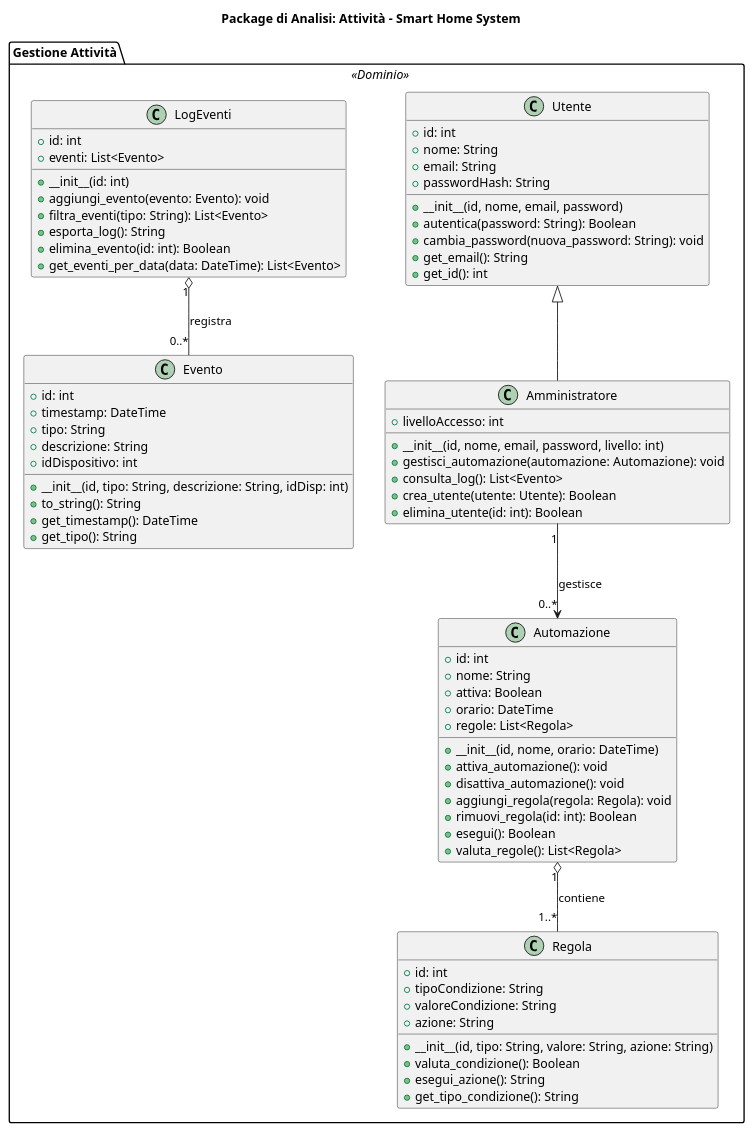
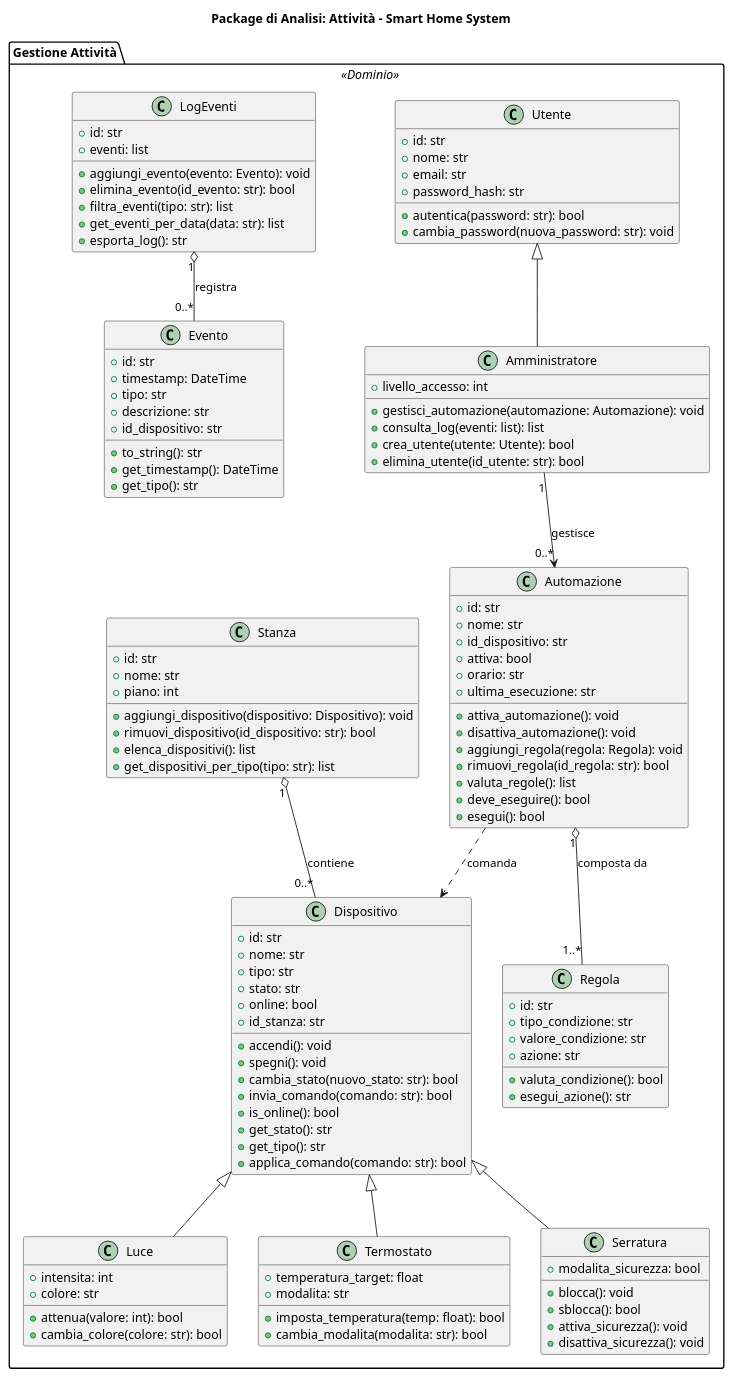
The diagram in package_di_analisi/package_analisi_attivita.puml (LapoCremonesi/ingegneria_del_software), drawn with PlantUML before and after one commit. The commit also changed 69 other files, not shown here.

```diff
--- a/package_di_analisi/package_analisi_attivita.puml
+++ b/package_di_analisi/package_analisi_attivita.puml
@@ -1,81 +1,128 @@
 @startuml
 title Package di Analisi: Attività - Smart Home System
 
 package "Gestione Attività" as PktAttivita <<Dominio>> {
   class Utente {
-    + id: int
-    + nome: String
-    + email: String
-    + passwordHash: String
-    + __init__(id, nome, email, password)
-    + autentica(password: String): Boolean
-    + cambia_password(nuova_password: String): void
-    + get_email(): String
-    + get_id(): int
+    + id: str
+    + nome: str
+    + email: str
+    + password_hash: str
+    + autentica(password: str): bool
+    + cambia_password(nuova_password: str): void
   }
 
   class Amministratore {
-    + livelloAccesso: int
-    + __init__(id, nome, email, password, livello: int)
+    + livello_accesso: int
     + gestisci_automazione(automazione: Automazione): void
-    + consulta_log(): List<Evento>
-    + crea_utente(utente: Utente): Boolean
-    + elimina_utente(id: int): Boolean
+    + consulta_log(eventi: list): list
+    + crea_utente(utente: Utente): bool
+    + elimina_utente(id_utente: str): bool
+  }
+
+  class Stanza {
+    + id: str
+    + nome: str
+    + piano: int
+    + aggiungi_dispositivo(dispositivo: Dispositivo): void
+    + rimuovi_dispositivo(id_dispositivo: str): bool
+    + elenca_dispositivi(): list
+    + get_dispositivi_per_tipo(tipo: str): list
+  }
+
+  class Dispositivo {
+    + id: str
+    + nome: str
+    + tipo: str
+    + stato: str
+    + online: bool
+    + id_stanza: str
+    + accendi(): void
+    + spegni(): void
+    + cambia_stato(nuovo_stato: str): bool
+    + invia_comando(comando: str): bool
+    + is_online(): bool
+    + get_stato(): str
+    + get_tipo(): str
+    + applica_comando(comando: str): bool
+  }
+
+  class Luce {
+    + intensita: int
+    + colore: str
+    + attenua(valore: int): bool
+    + cambia_colore(colore: str): bool
+  }
+
+  class Termostato {
+    + temperatura_target: float
+    + modalita: str
+    + imposta_temperatura(temp: float): bool
+    + cambia_modalita(modalita: str): bool
+  }
+
+  class Serratura {
+    + modalita_sicurezza: bool
+    + blocca(): void
+    + sblocca(): bool
+    + attiva_sicurezza(): void
+    + disattiva_sicurezza(): void
+  }
+
+  class Regola {
+    + id: str
+    + tipo_condizione: str
+    + valore_condizione: str
+    + azione: str
+    + valuta_condizione(): bool
+    + esegui_azione(): str
   }
 
   class Automazione {
-    + id: int
-    + nome: String
-    + attiva: Boolean
-    + orario: DateTime
-    + regole: List<Regola>
-    + __init__(id, nome, orario: DateTime)
+    + id: str
+    + nome: str
+    + id_dispositivo: str
+    + attiva: bool
+    + orario: str
+    + ultima_esecuzione: str
     + attiva_automazione(): void
     + disattiva_automazione(): void
     + aggiungi_regola(regola: Regola): void
-    + rimuovi_regola(id: int): Boolean
-    + esegui(): Boolean
-    + valuta_regole(): List<Regola>
-  }
-
-  class Regola {
-    + id: int
-    + tipoCondizione: String
-    + valoreCondizione: String
-    + azione: String
-    + __init__(id, tipo: String, valore: String, azione: String)
-    + valuta_condizione(): Boolean
-    + esegui_azione(): String
-    + get_tipo_condizione(): String
+    + rimuovi_regola(id_regola: str): bool
+    + valuta_regole(): list
+    + deve_eseguire(): bool
+    + esegui(): bool
   }
 
   class Evento {
-    + id: int
+    + id: str
     + timestamp: DateTime
-    + tipo: String
-    + descrizione: String
-    + idDispositivo: int
-    + __init__(id, tipo: String, descrizione: String, idDisp: int)
-    + to_string(): String
+    + tipo: str
+    + descrizione: str
+    + id_dispositivo: str
+    + to_string(): str
     + get_timestamp(): DateTime
-    + get_tipo(): String
+    + get_tipo(): str
   }
 
   class LogEventi {
-    + id: int
-    + eventi: List<Evento>
-    + __init__(id: int)
+    + id: str
+    + eventi: list
     + aggiungi_evento(evento: Evento): void
-    + filtra_eventi(tipo: String): List<Evento>
-    + esporta_log(): String
-    + elimina_evento(id: int): Boolean
-    + get_eventi_per_data(data: DateTime): List<Evento>
+    + elimina_evento(id_evento: str): bool
+    + filtra_eventi(tipo: str): list
+    + get_eventi_per_data(data: str): list
+    + esporta_log(): str
   }
 }
 
 Utente <|-- Amministratore
-Automazione "1" o-- "1..*" Regola : contiene
+Dispositivo <|-- Luce
+Dispositivo <|-- Termostato
+Dispositivo <|-- Serratura
+Stanza "1" o-- "0..*" Dispositivo : contiene
+Automazione "1" o-- "1..*" Regola : composta da
+Automazione ..> Dispositivo : comanda
 LogEventi "1" o-- "0..*" Evento : registra
 Amministratore "1" --> "0..*" Automazione : gestisce
 
 @enduml
```
